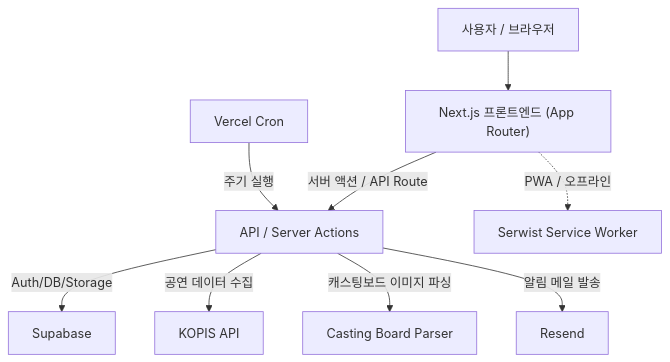
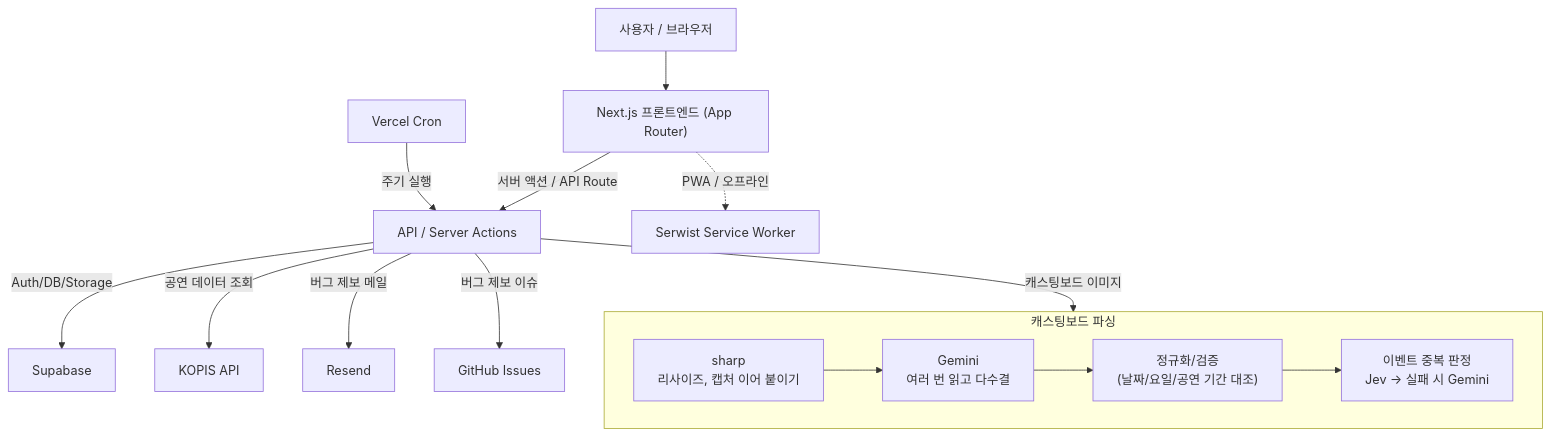
Before and after one commit to detourguru/hoejeonmun: the first of 2 diagrams in README.md, drawn with Mermaid. The commit also changed other lines of this file, not shown here.

````diff
--- a/README.md
+++ b/README.md
@@ -53,17 +48,25 @@
 ```mermaid
 flowchart TD
     User["사용자 / 브라우저"]
     FE["Next.js 프론트엔드 (App Router)"]
     User --> FE
 
     FE -->|서버 액션 / API Route| API["API / Server Actions"]
 
     API -->|Auth/DB/Storage| Supabase["Supabase"]
-    API -->|공연 데이터 수집| KOPIS["KOPIS API"]
-    API -->|캐스팅보드 이미지 파싱| Parser["Casting Board Parser"]
-    API -->|알림 메일 발송| Resend["Resend"]
+    API -->|공연 데이터 조회| KOPIS["KOPIS API"]
+    API -->|캐스팅보드 이미지| Parser
+
+    subgraph Parser["캐스팅보드 파싱"]
+        Sharp["sharp<br/>리사이즈, 캡처 이어 붙이기"] --> Gemini["Gemini<br/>여러 번 읽고 다수결"]
+        Gemini --> Normalize["정규화/검증<br/>(날짜/요일/공연 기간 대조)"]
+        Normalize --> Dedupe["이벤트 중복 판정<br/>Jev -> 실패 시 Gemini"]
+    end
+
+    API -->|버그 제보 메일| Resend["Resend"]
+    API -->|버그 제보 이슈| GitHub["GitHub Issues"]
 
     Cron["Vercel Cron"] -->|주기 실행| API
 
     FE -.PWA / 오프라인.-> SW["Serwist Service Worker"]
 ```
````
